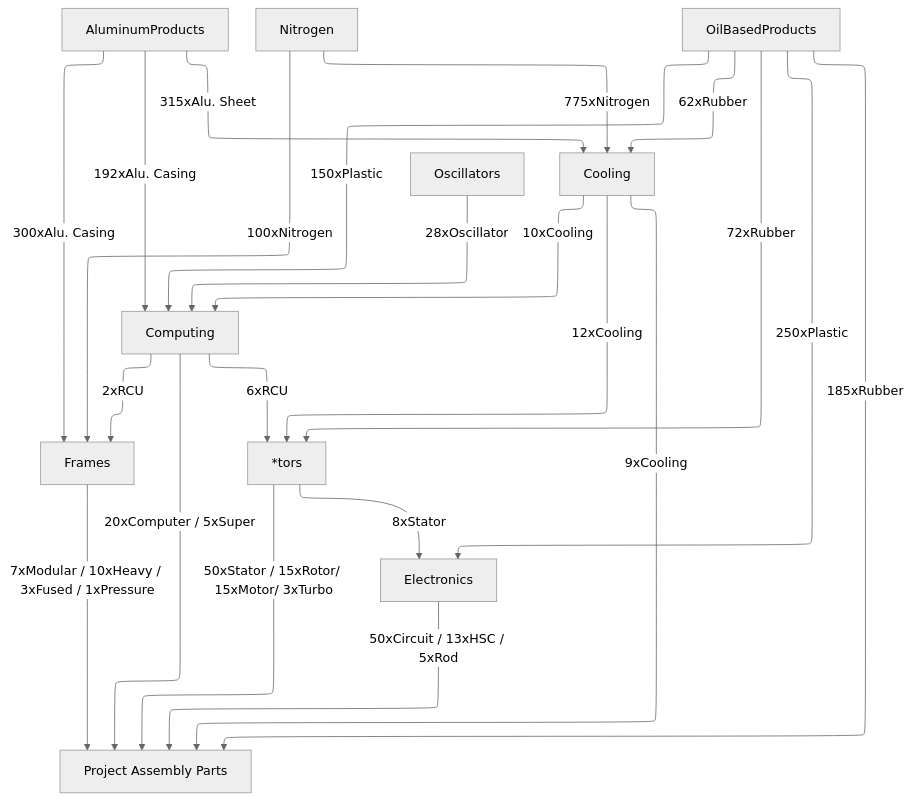
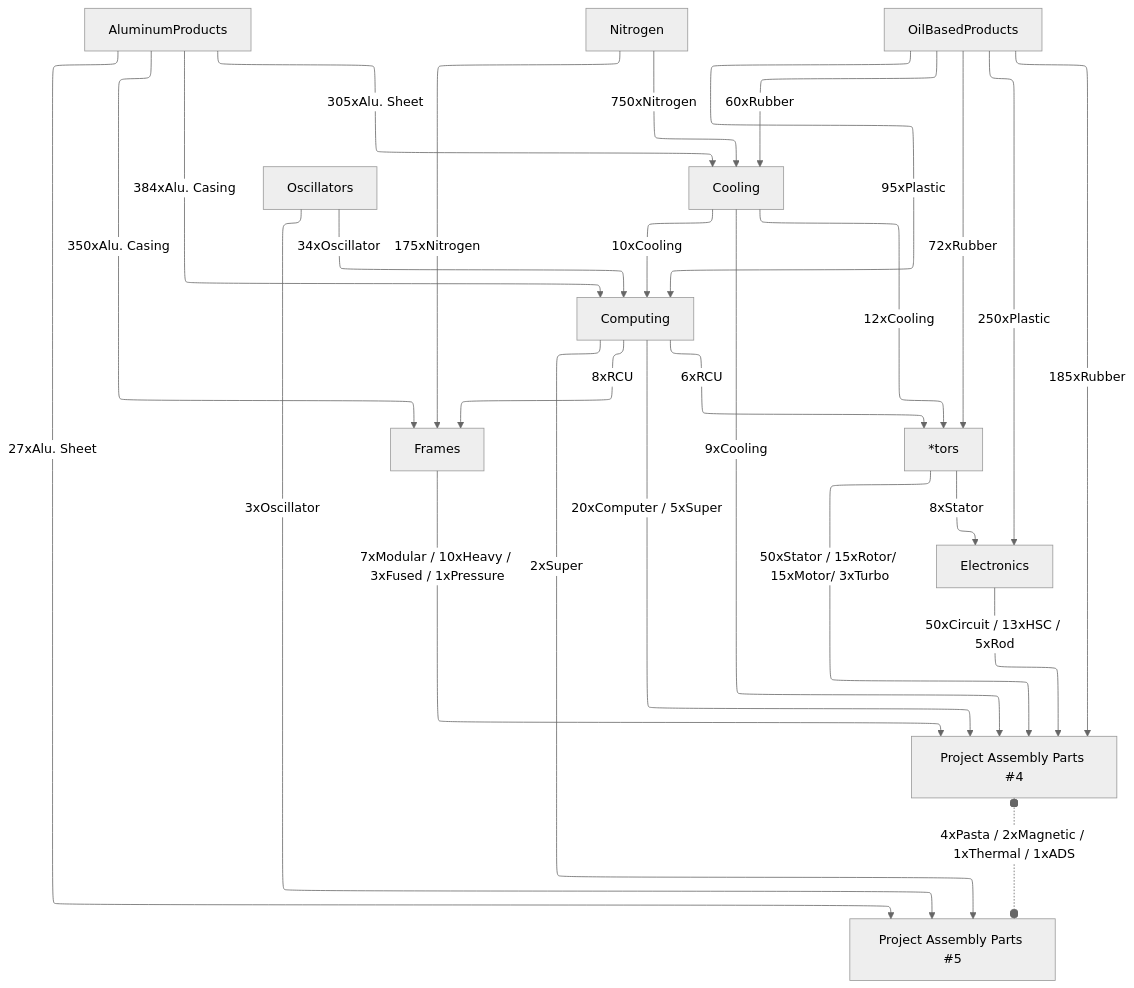
Before and after one commit to totobest/satis-master-plan: the diagram in src/train_connections.mermaid, drawn with Mermaid (neutral theme). The commit also changed 13 other files, not shown here.

```diff
--- a/src/train_connections.mermaid
+++ b/src/train_connections.mermaid
@@ -1,45 +1,51 @@
 ---
 config:
   layout: elk
 ---
 
 flowchart TD
 
     AluminumProducts
 
     Oscillators
 
     Nitrogen
 
-    AluminumProducts -- 300xAlu. Casing --> Frames
-    Computing -- 2xRCU --> Frames
-    Nitrogen -- 100xNitrogen --> Frames
+    AluminumProducts -- 350xAlu. Casing --> Frames
+    Computing -- 8xRCU --> Frames
+    Nitrogen -- 175xNitrogen --> Frames
     Frames
 
     OilBasedProducts -- 250xPlastic --> Electronics
     Motors -- 8xStator --> Electronics
     Electronics
 
     OilBasedProducts -- 72xRubber --> Motors
     Cooling -- 12xCooling --> Motors
     Computing -- 6xRCU --> Motors
     Motors["*tors"]
 
-    AluminumProducts -- 315xAlu. Sheet --> Cooling
-    OilBasedProducts -- 62xRubber --> Cooling
-    Nitrogen -- 775xNitrogen --> Cooling
+    AluminumProducts -- 305xAlu. Sheet --> Cooling
+    OilBasedProducts -- 60xRubber --> Cooling
+    Nitrogen -- 750xNitrogen --> Cooling
     Cooling
 
-    OilBasedProducts -- 150xPlastic --> Computing
-    Oscillators -- 28xOscillator --> Computing
-    AluminumProducts -- 192xAlu. Casing --> Computing
+    OilBasedProducts -- 95xPlastic --> Computing
+    Oscillators -- 34xOscillator --> Computing
+    AluminumProducts -- 384xAlu. Casing --> Computing
     Cooling -- 10xCooling--> Computing
     Computing
 
-    OilBasedProducts -- 185xRubber --> ProjectAssembly
-    Motors -- 50xStator / 15xRotor/ 15xMotor/ 3xTurbo --> ProjectAssembly
-    Frames -- 7xModular / 10xHeavy / 3xFused / 1xPressure --> ProjectAssembly
-    Electronics -- 50xCircuit / 13xHSC / 5xRod --> ProjectAssembly
-    Cooling -- 9xCooling--> ProjectAssembly
-    Computing -- 20xComputer / 5xSuper --> ProjectAssembly
-    ProjectAssembly["Project Assembly Parts"]
+    OilBasedProducts -- 185xRubber --> ProjectAssembly4
+    Motors -- 50xStator / 15xRotor/ 15xMotor/ 3xTurbo --> ProjectAssembly4
+    Frames -- 7xModular / 10xHeavy / 3xFused / 1xPressure --> ProjectAssembly4
+    Electronics -- 50xCircuit / 13xHSC / 5xRod --> ProjectAssembly4
+    Cooling -- 9xCooling--> ProjectAssembly4
+    Computing -- 20xComputer / 5xSuper --> ProjectAssembly4
+    ProjectAssembly4["Project Assembly Parts #4"]
+
+    AluminumProducts -- 27xAlu. Sheet --> ProjectAssembly5
+    Oscillators -- 3xOscillator --> ProjectAssembly5
+    Computing -- 2xSuper --> ProjectAssembly5
+    ProjectAssembly4 o-. 4xPasta / 2xMagnetic / 1xThermal / 1xADS .-o ProjectAssembly5
+    ProjectAssembly5["Project Assembly Parts #5"]
```
